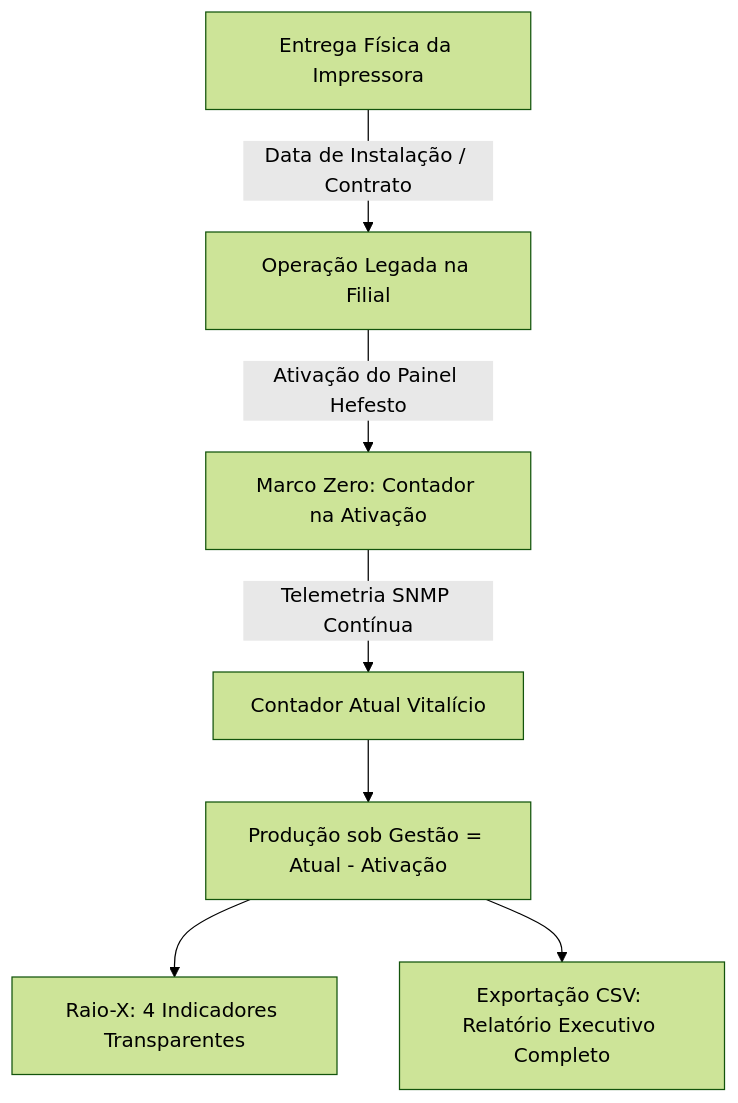
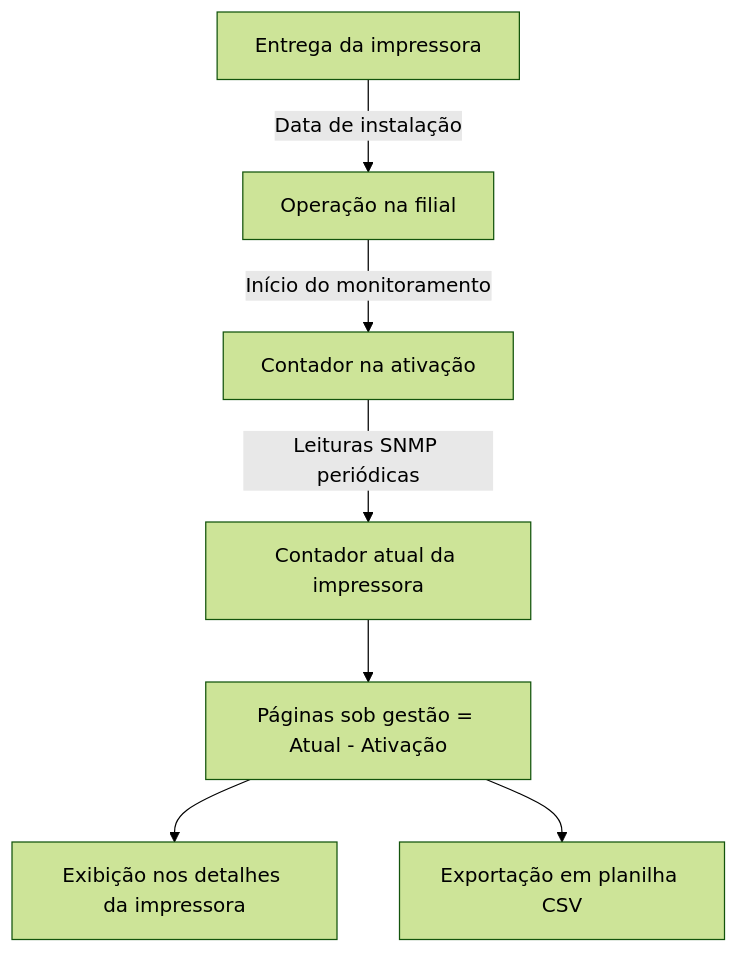
One commit to SaruAkaza/Hefesto-Print-Monitor changed the diagram in Relatório Histórico de Início na Rede.md. Above: the diagram before and after it, drawn with Mermaid (forest theme). The commit also changed other lines of this file and 12 other files, not shown here.

````diff
--- a/Relatório Histórico de Início na Rede.md
+++ b/Relatório Histórico de Início na Rede.md
@@ -19,9 +17,9 @@
 ```mermaid
 flowchart TD
-    A[Entrega Física da Impressora] -->|Data de Instalação / Contrato| B[Operação Legada na Filial]
-    B -->|Ativação do Painel Hefesto| C[Marco Zero: Contador na Ativação]
-    C -->|Telemetria SNMP Contínua| D[Contador Atual Vitalício]
-    D --> E[Produção sob Gestão = Atual - Ativação]
-    E --> F[Raio-X: 4 Indicadores Transparentes]
-    E --> G[Exportação CSV: Relatório Executivo Completo]
+    A[Entrega da impressora] -->|Data de instalação| B[Operação na filial]
+    B -->|Início do monitoramento| C[Contador na ativação]
+    C -->|Leituras SNMP periódicas| D[Contador atual da impressora]
+    D --> E[Páginas sob gestão = Atual - Ativação]
+    E --> F[Exibição nos detalhes da impressora]
+    E --> G[Exportação em planilha CSV]
 ```
````
